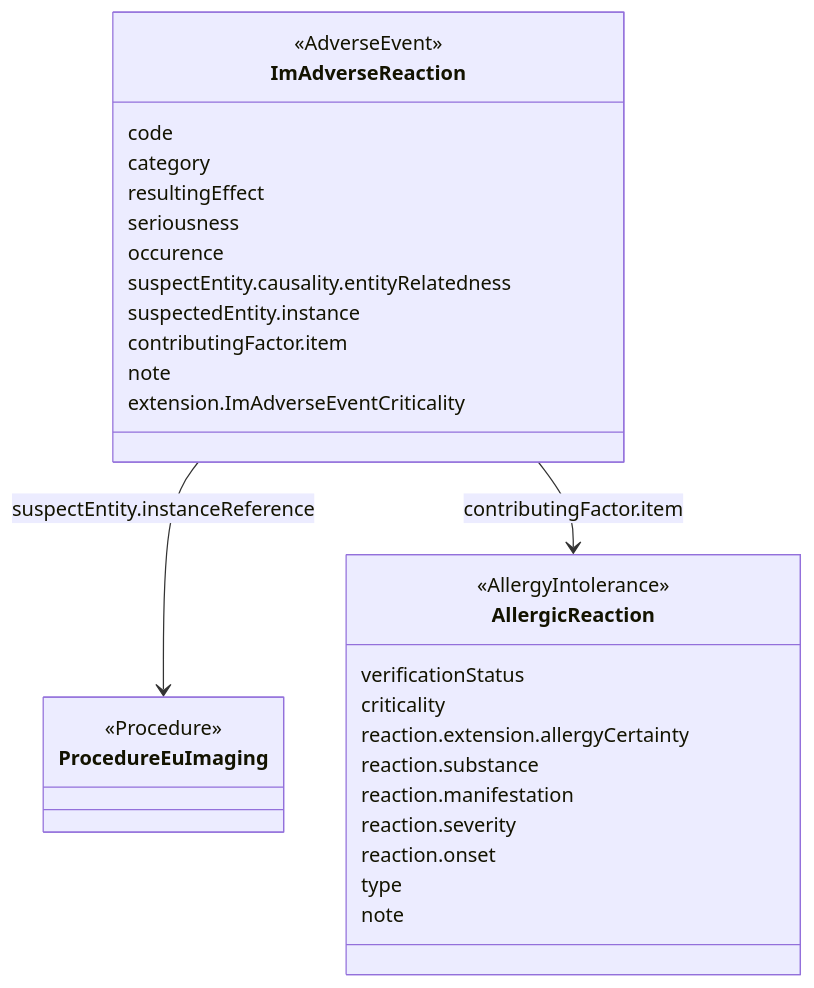
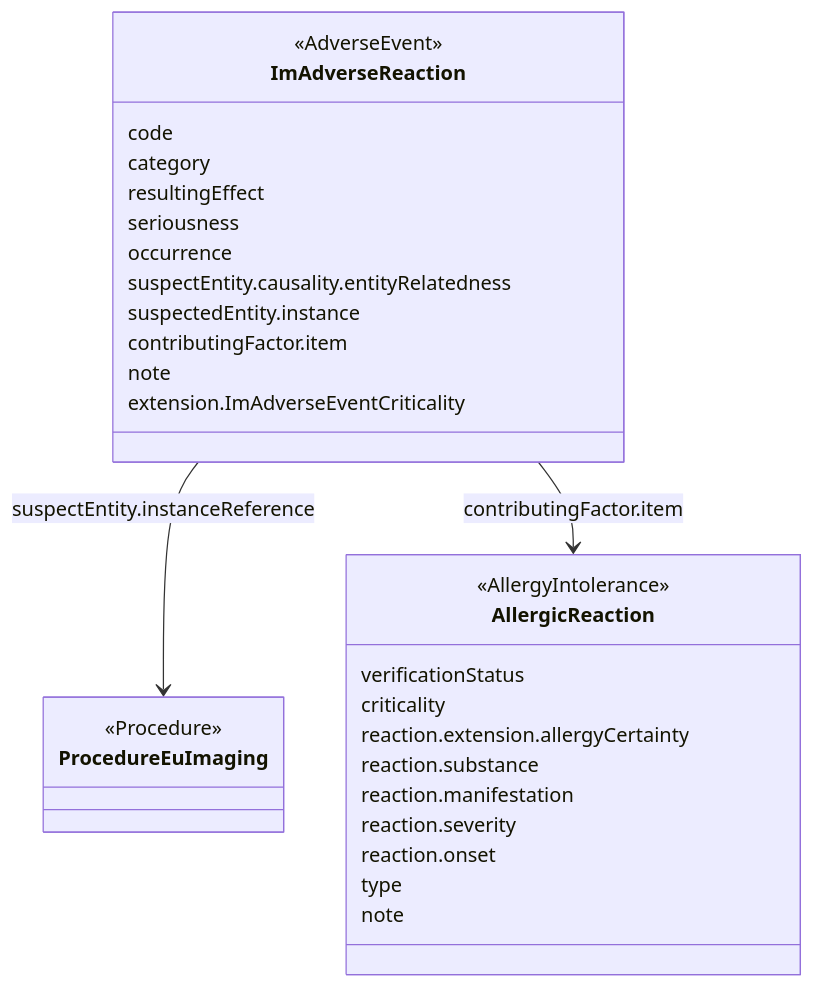
Before and after one commit to oijauregui/ehdsimaging-r5: the diagram in input/pagecontent/design-consideration-procedure-adverse-reaction.md, drawn with Mermaid. The commit also changed other lines of this file and 22 other files, not shown here.

````diff
--- a/input/pagecontent/design-consideration-procedure-adverse-reaction.md
+++ b/input/pagecontent/design-consideration-procedure-adverse-reaction.md
@@ -10,36 +10,36 @@
 ```mermaid
 classDiagram
   class ImAdverseReaction {
     <<AdverseEvent>>
     code
     category
     resultingEffect
     seriousness
-    occurence
+    occurrence
     suspectEntity.causality.entityRelatedness
     suspectedEntity.instance
     contributingFactor.item
     note
     extension.ImAdverseEventCriticality
   }
 
   class AllergicReaction{
     <<AllergyIntolerance>>
     verificationStatus
     criticality
     reaction.extension.allergyCertainty
     reaction.substance
     reaction.manifestation
     reaction.severity 
     reaction.onset
     type
     note
   }
 
   class ProcedureEuImaging{
     <<Procedure>>
   }
 
   ImAdverseReaction --> ProcedureEuImaging: suspectEntity.instanceReference
   ImAdverseReaction --> AllergicReaction: contributingFactor.item
 ```
````
